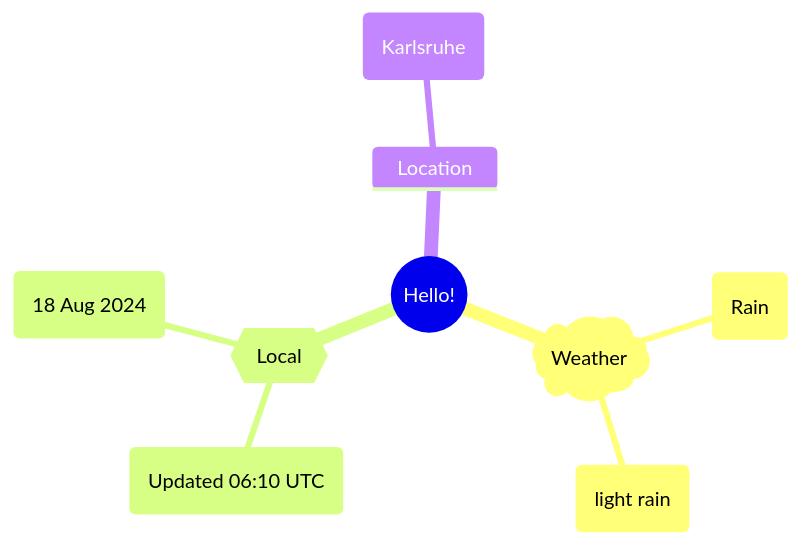
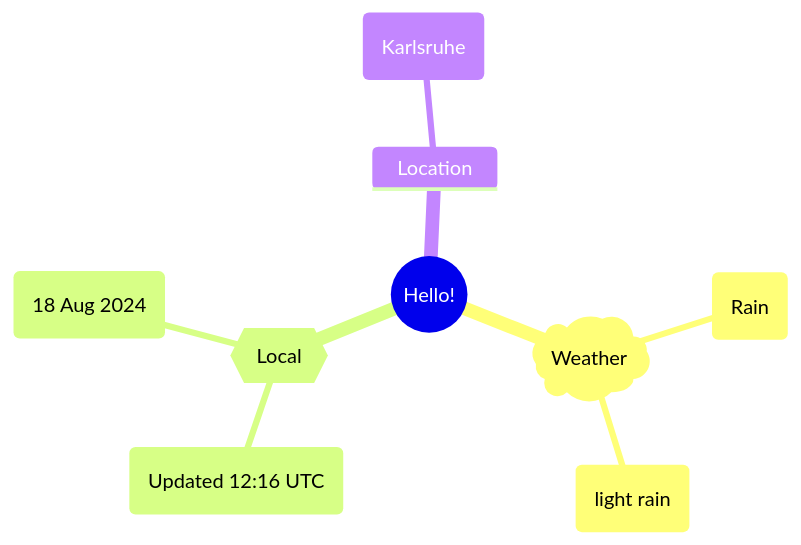
One commit to Xosrov/Xosrov changed the first of 2 diagrams in README.md. Above: the diagram before and after it, drawn with Mermaid.

Commit message:
[bot] updated images

````diff
--- a/README.md
+++ b/README.md
@@ -3,12 +3,12 @@
 ```mermaid
 mindmap
   root((Hello!))
     )Weather(
         (Rain)
         (light rain)
     {{Local}}
-        (Updated 06:10 UTC)
+        (Updated 12:16 UTC)
         (18 Aug 2024)
     Location
         (Karlsruhe)
 ```
````
